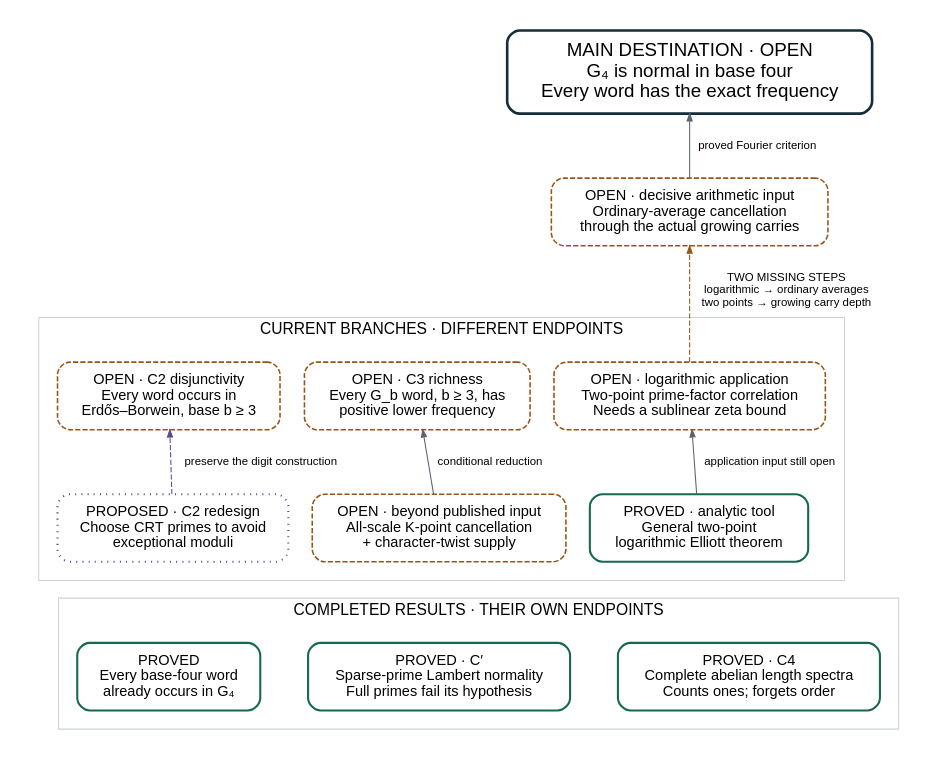
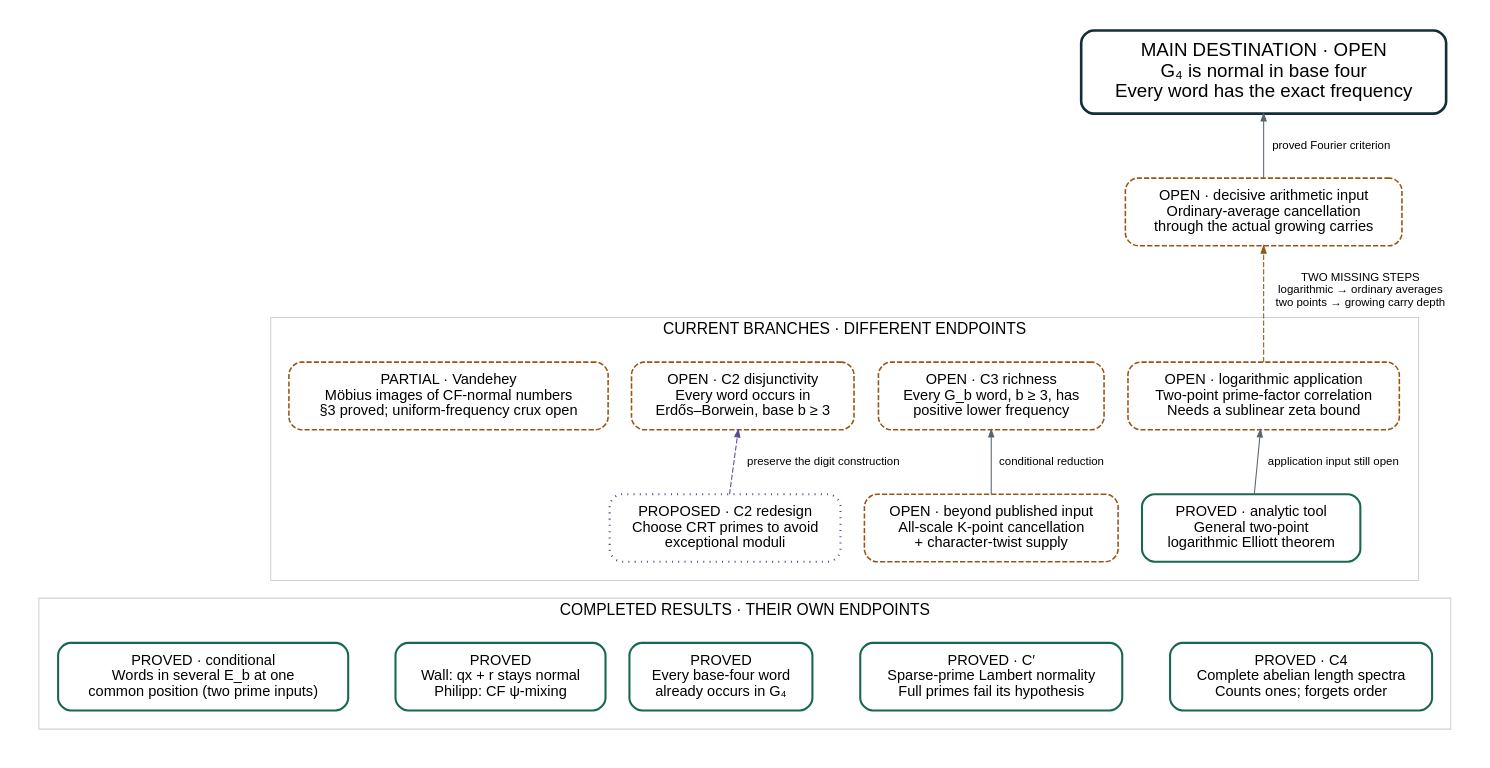
One commit to gotrevor/normal-numbers changed the diagram in docs/overview.dot. Above: the diagram before and after it, drawn with Graphviz. The commit also changed 4 other files, not shown here.

First line of the commit message:
OVERVIEW refreshed: joint Lambert, Wall, Philipp, Vandehey §3 on the map; single-checkout evidence links

```diff
--- a/docs/overview.dot
+++ b/docs/overview.dot
@@ -1,35 +1,40 @@
 digraph NormalNumbers {
   graph [rankdir=BT, bgcolor="white", pad=0.3, nodesep=0.32, ranksep=0.7, fontname="Helvetica", fontsize=15, compound=true];
   node [shape=box, style="rounded", fontname="Helvetica", fontsize=14, margin="0.18,0.14", color="#59636e", penwidth=1.5];
   edge [fontname="Helvetica", fontsize=11, color="#59636e", arrowsize=0.7];
 
   goal [label="MAIN DESTINATION · OPEN\nG₄ is normal in base four\nEvery word has the exact frequency", fontsize=18, penwidth=2.5, color="#152c3a"];
   carry [label="OPEN · decisive arithmetic input\nOrdinary-average cancellation\nthrough the actual growing carries", color="#995513", style="rounded,dashed"];
   carry -> goal [label="proved Fourier criterion"];
 
   subgraph cluster_work {
     label="CURRENT BRANCHES · DIFFERENT ENDPOINTS"; color="#ccd3d9"; margin=18; labelloc=b;
     omega [label="OPEN · logarithmic application\nTwo-point prime-factor correlation\nNeeds a sublinear zeta bound", color="#995513", style="rounded,dashed"];
     ell [label="PROVED · analytic tool\nGeneral two-point\nlogarithmic Elliott theorem", color="#176852", penwidth=2];
     rich [label="OPEN · C3 richness\nEvery G_b word, b ≥ 3, has\npositive lower frequency", color="#995513", style="rounded,dashed"];
     kp [label="OPEN · beyond published input\nAll-scale K-point cancellation\n+ character-twist supply", color="#995513", style="rounded,dashed"];
     eb [label="OPEN · C2 disjunctivity\nEvery word occurs in\nErdős–Borwein, base b ≥ 3", color="#995513", style="rounded,dashed"];
     crt [label="PROPOSED · C2 redesign\nChoose CRT primes to avoid\nexceptional moduli", color="#5c4890", style="rounded,dotted", penwidth=2];
     ell -> omega [label="application input still open"];
     kp -> rich [label="conditional reduction"];
     crt -> eb [style=dashed, label="preserve the digit construction", color="#5c4890"];
-    {rank=same; omega; rich; eb;}
+    vand [label="PARTIAL · Vandehey\nMöbius images of CF-normal numbers\n§3 proved; uniform-frequency crux open", color="#995513", style="rounded,dashed"];
+    {rank=same; omega; rich; eb; vand;}
     {rank=same; ell; kp; crt;}
   }
   omega -> carry [style=dashed, label="TWO MISSING STEPS\nlogarithmic → ordinary averages\ntwo points → growing carry depth", color="#995513"];
 
   subgraph cluster_done {
     label="COMPLETED RESULTS · THEIR OWN ENDPOINTS"; color="#ccd3d9"; margin=18; labelloc=b;
     disj [label="PROVED\nEvery base-four word\nalready occurs in G₄", color="#176852", penwidth=2];
     sparse [label="PROVED · C′\nSparse-prime Lambert normality\nFull primes fail its hypothesis", color="#176852", penwidth=2];
     spectrum [label="PROVED · C4\nComplete abelian length spectra\nCounts ones; forgets order", color="#176852", penwidth=2];
+    joint [label="PROVED · conditional\nWords in several E_b at one\ncommon position (two prime inputs)", color="#176852", penwidth=2];
+    wall [label="PROVED\nWall: qx + r stays normal\nPhilipp: CF ψ-mixing", color="#176852", penwidth=2];
     {rank=same; disj; sparse; spectrum;}
+    {rank=same; joint; wall;}
     disj -> sparse -> spectrum [style=invis];
+    joint -> wall [style=invis];
   }
   sparse -> kp [style=invis, minlen=1];
 }
```
